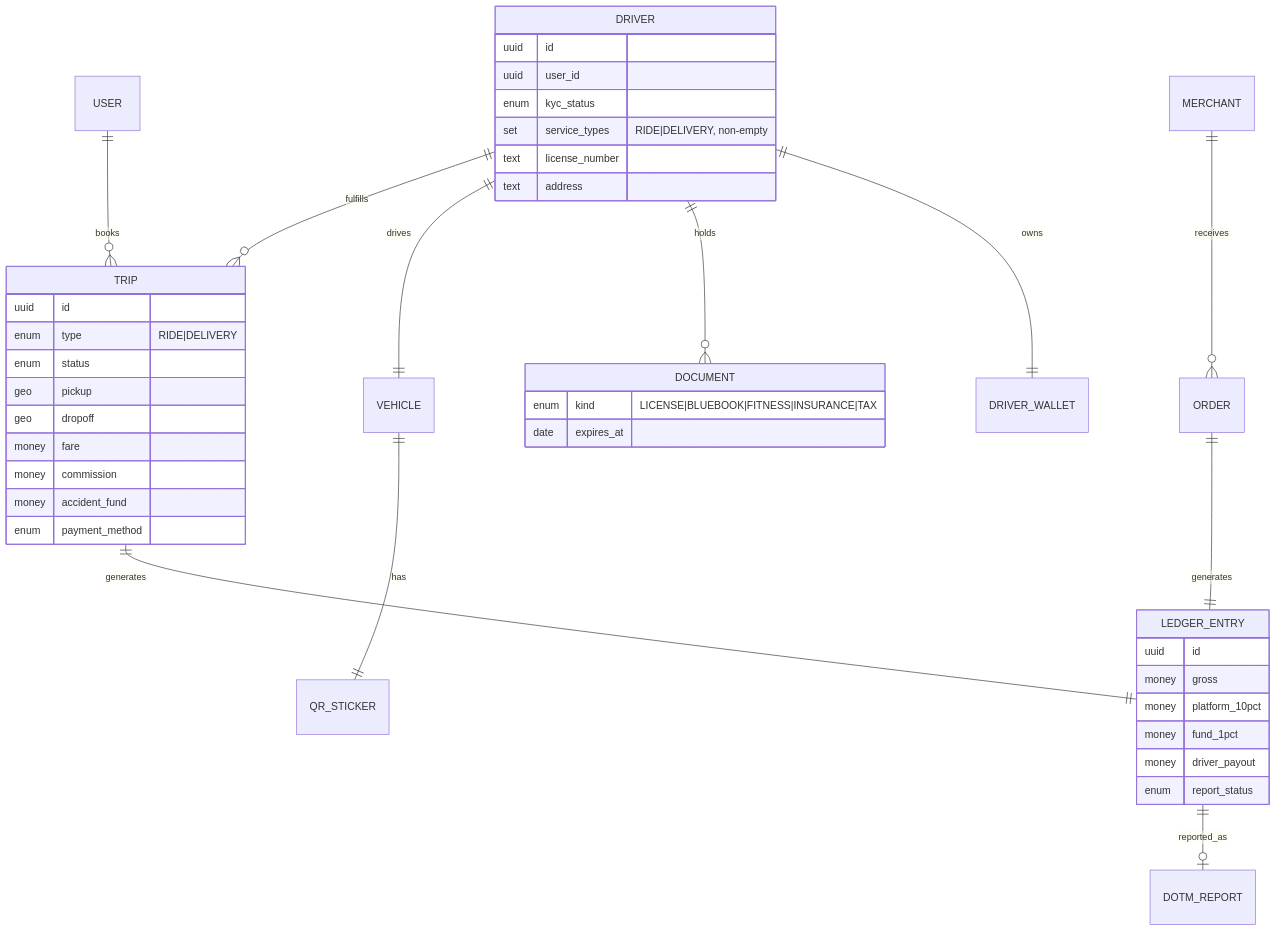
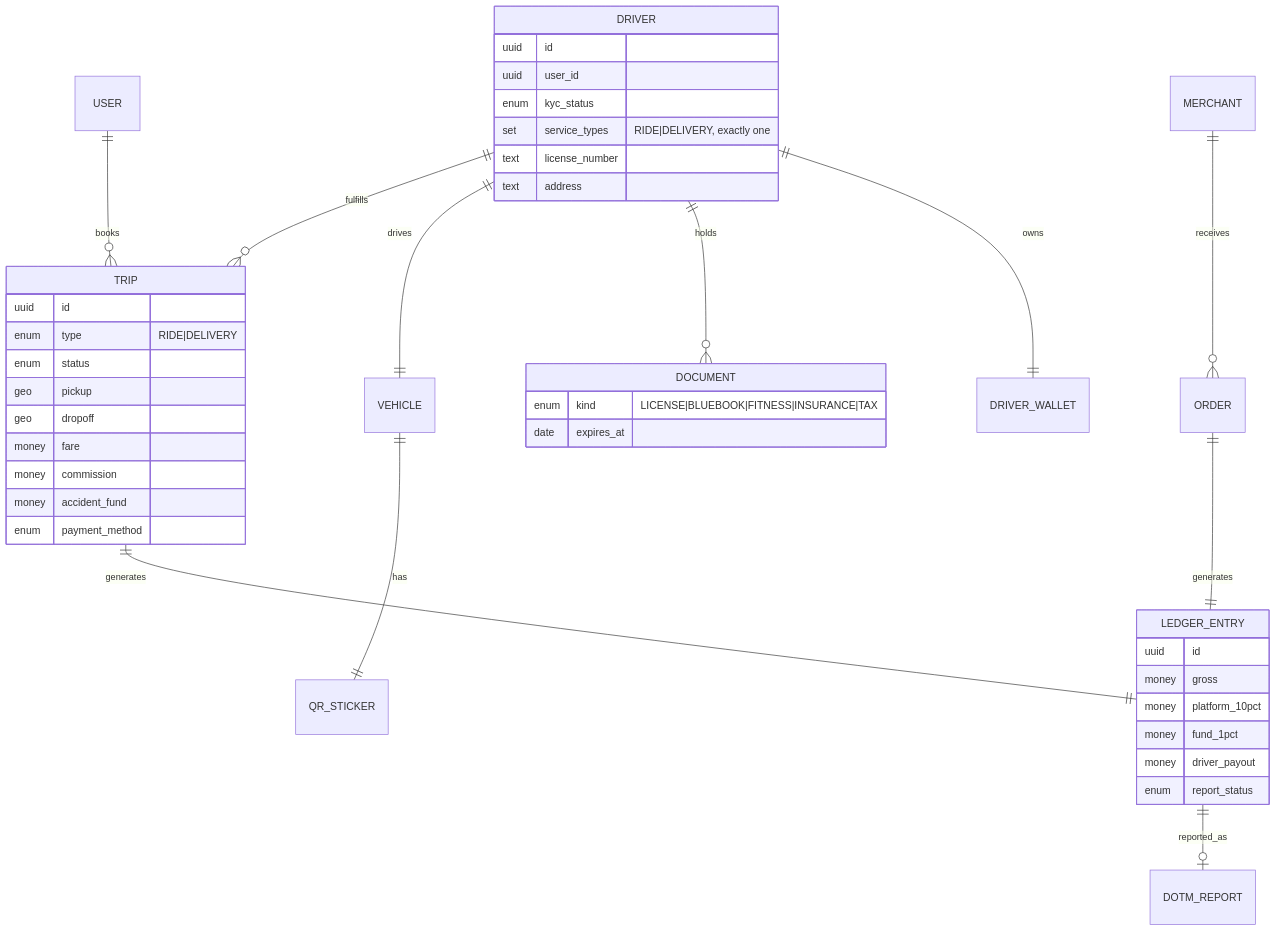
One commit to debendraoli/saarathi changed the sixth of 7 diagrams in docs/research/05-technical-architecture.md. Above: the diagram before and after it, drawn with Mermaid. The commit also changed other lines of this file and 12 other files, not shown here.

First line of the commit message:
Restrict driver job type to a strict either/or (ride xor delivery)

````diff
--- a/docs/research/05-technical-architecture.md
+++ b/docs/research/05-technical-architecture.md
@@ -308,44 +308,44 @@
 ```mermaid
 erDiagram
     USER ||--o{ TRIP : books
     DRIVER ||--o{ TRIP : fulfills
     DRIVER ||--|| VEHICLE : drives
     VEHICLE ||--|| QR_STICKER : has
     DRIVER ||--o{ DOCUMENT : holds
     MERCHANT ||--o{ ORDER : receives
     TRIP ||--|| LEDGER_ENTRY : generates
     ORDER ||--|| LEDGER_ENTRY : generates
     LEDGER_ENTRY ||--o| DOTM_REPORT : reported_as
     DRIVER ||--|| DRIVER_WALLET : owns
     DRIVER {
       uuid id
       uuid user_id
       enum kyc_status
-      set service_types "RIDE|DELIVERY, non-empty"
+      set service_types "RIDE|DELIVERY, exactly one"
       text license_number
       text address
     }
     TRIP {
       uuid id
       enum type "RIDE|DELIVERY"
       enum status
       geo pickup
       geo dropoff
       money fare
       money commission
       money accident_fund
       enum payment_method
     }
     LEDGER_ENTRY {
       uuid id
       money gross
       money platform_10pct
       money fund_1pct
       money driver_payout
       enum report_status
     }
     DOCUMENT {
       enum kind "LICENSE|BLUEBOOK|FITNESS|INSURANCE|TAX"
       date expires_at
     }
 ```
````
